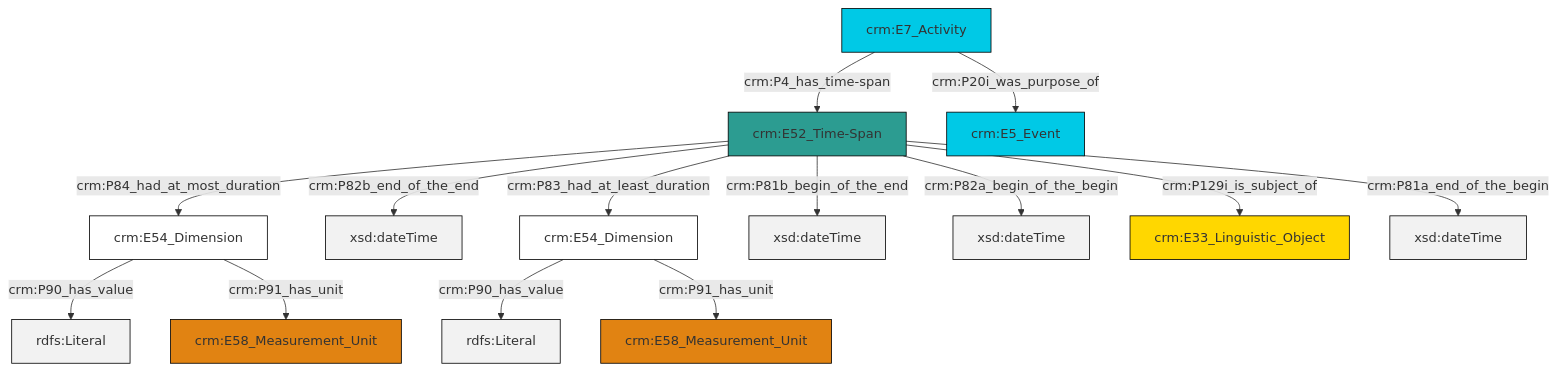
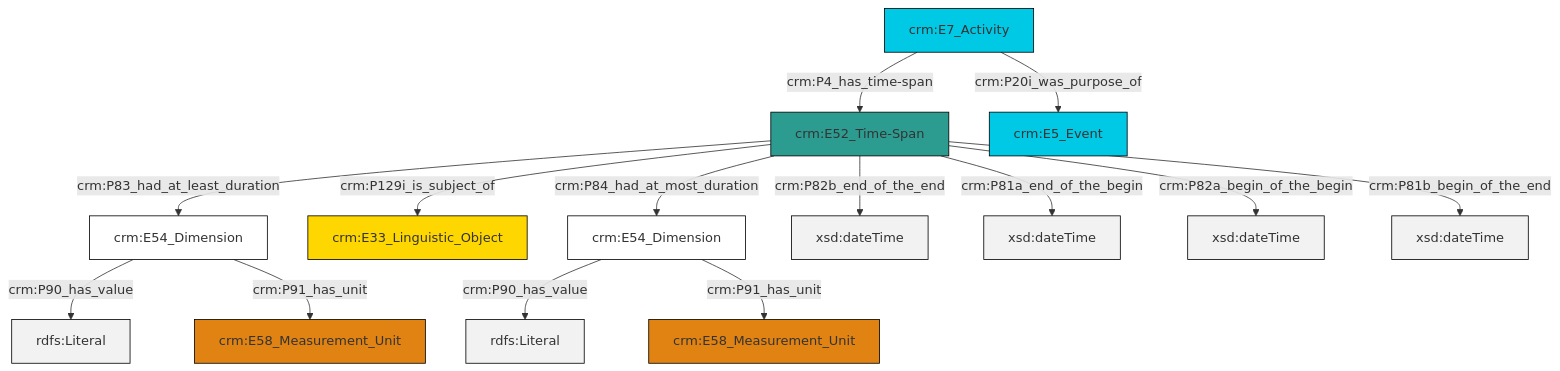
The diagram in et/eventCSV/ttl/mmd/event_existence.ttl.mmd (swiss-art-research-net/docs.swissartresearch), drawn with Mermaid before and after one commit. The commit also changed 172 other files, not shown here.

```diff
--- a/et/eventCSV/ttl/mmd/event_existence.ttl.mmd
+++ b/et/eventCSV/ttl/mmd/event_existence.ttl.mmd
@@ -1,28 +1,28 @@
 graph TD
 classDef Literal fill:#f2f2f2,stroke:#000000;
 classDef CRM_Entity fill:#FFFFFF,stroke:#000000;
 classDef Temporal_Entity fill:#00C9E6, stroke:#000000;
 classDef Type fill:#E18312, stroke:#000000;
 classDef Time-Span fill:#2C9C91, stroke:#000000;
 classDef Appellation fill:#FFEB7F, stroke:#000000;
 classDef Place fill:#008836, stroke:#000000;
 classDef Persistent_Item fill:#B266B2, stroke:#000000;
 classDef Conceptual_Object fill:#FFD700, stroke:#000000;
 classDef Physical_Thing fill:#D2B48C, stroke:#000000;
 classDef Actor fill:#f58aad, stroke:#000000;
 classDef PC_Classes fill:#4ce600, stroke:#000000;
 classDef Multi fill:#cccccc,stroke:#000000;
 
-0["crm:E52_Time-Span"]:::Time-Span -->|crm:P84_had_at_most_duration| 1["crm:E54_Dimension"]:::CRM_Entity
-1["crm:E54_Dimension"]:::CRM_Entity -->|crm:P90_has_value| 2[rdfs:Literal]:::Literal
-0["crm:E52_Time-Span"]:::Time-Span -->|crm:P82b_end_of_the_end| 3[xsd:dateTime]:::Literal
-4["crm:E54_Dimension"]:::CRM_Entity -->|crm:P90_has_value| 5[rdfs:Literal]:::Literal
-4["crm:E54_Dimension"]:::CRM_Entity -->|crm:P91_has_unit| 6["crm:E58_Measurement_Unit"]:::Type
-10["crm:E7_Activity"]:::Temporal_Entity -->|crm:P20i_was_purpose_of| 8["crm:E5_Event"]:::Temporal_Entity
-0["crm:E52_Time-Span"]:::Time-Span -->|crm:P83_had_at_least_duration| 4["crm:E54_Dimension"]:::CRM_Entity
-0["crm:E52_Time-Span"]:::Time-Span -->|crm:P81b_begin_of_the_end| 13[xsd:dateTime]:::Literal
-0["crm:E52_Time-Span"]:::Time-Span -->|crm:P82a_begin_of_the_begin| 14[xsd:dateTime]:::Literal
-0["crm:E52_Time-Span"]:::Time-Span -->|crm:P129i_is_subject_of| 15["crm:E33_Linguistic_Object"]:::Conceptual_Object
-1["crm:E54_Dimension"]:::CRM_Entity -->|crm:P91_has_unit| 16["crm:E58_Measurement_Unit"]:::Type
-10["crm:E7_Activity"]:::Temporal_Entity -->|crm:P4_has_time-span| 0["crm:E52_Time-Span"]:::Time-Span
-0["crm:E52_Time-Span"]:::Time-Span -->|crm:P81a_end_of_the_begin| 21[xsd:dateTime]:::Literal
+0["crm:E54_Dimension"]:::CRM_Entity -->|crm:P90_has_value| 2[rdfs:Literal]:::Literal
+0["crm:E54_Dimension"]:::CRM_Entity -->|crm:P91_has_unit| 3["crm:E58_Measurement_Unit"]:::Type
+6["crm:E54_Dimension"]:::CRM_Entity -->|crm:P90_has_value| 7[rdfs:Literal]:::Literal
+8["crm:E52_Time-Span"]:::Time-Span -->|crm:P82b_end_of_the_end| 9[xsd:dateTime]:::Literal
+6["crm:E54_Dimension"]:::CRM_Entity -->|crm:P91_has_unit| 10["crm:E58_Measurement_Unit"]:::Type
+8["crm:E52_Time-Span"]:::Time-Span -->|crm:P83_had_at_least_duration| 6["crm:E54_Dimension"]:::CRM_Entity
+13["crm:E7_Activity"]:::Temporal_Entity -->|crm:P20i_was_purpose_of| 14["crm:E5_Event"]:::Temporal_Entity
+8["crm:E52_Time-Span"]:::Time-Span -->|crm:P81a_end_of_the_begin| 15[xsd:dateTime]:::Literal
+13["crm:E7_Activity"]:::Temporal_Entity -->|crm:P4_has_time-span| 8["crm:E52_Time-Span"]:::Time-Span
+8["crm:E52_Time-Span"]:::Time-Span -->|crm:P82a_begin_of_the_begin| 16[xsd:dateTime]:::Literal
+8["crm:E52_Time-Span"]:::Time-Span -->|crm:P129i_is_subject_of| 4["crm:E33_Linguistic_Object"]:::Conceptual_Object
+8["crm:E52_Time-Span"]:::Time-Span -->|crm:P81b_begin_of_the_end| 19[xsd:dateTime]:::Literal
+8["crm:E52_Time-Span"]:::Time-Span -->|crm:P84_had_at_most_duration| 0["crm:E54_Dimension"]:::CRM_Entity
```
